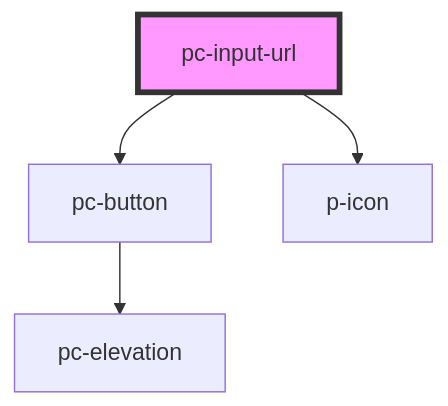
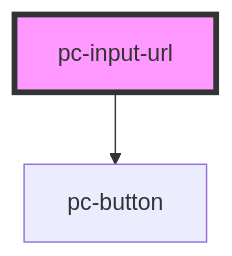
Before and after one commit to redvars/peacock: the diagram in src/components/input-controls/input/input-url/readme.md, drawn with Mermaid. The commit also changed other lines of this file and 135 other files, not shown here.

````diff
--- a/src/components/input-controls/input/input-url/readme.md
+++ b/src/components/input-controls/input/input-url/readme.md
@@ -93,7 +92,5 @@
 ```mermaid
 graph TD;
   pc-input-url --> pc-button
-  pc-input-url --> p-icon
-  pc-button --> pc-elevation
   style pc-input-url fill:#f9f,stroke:#333,stroke-width:4px
 ```
````
